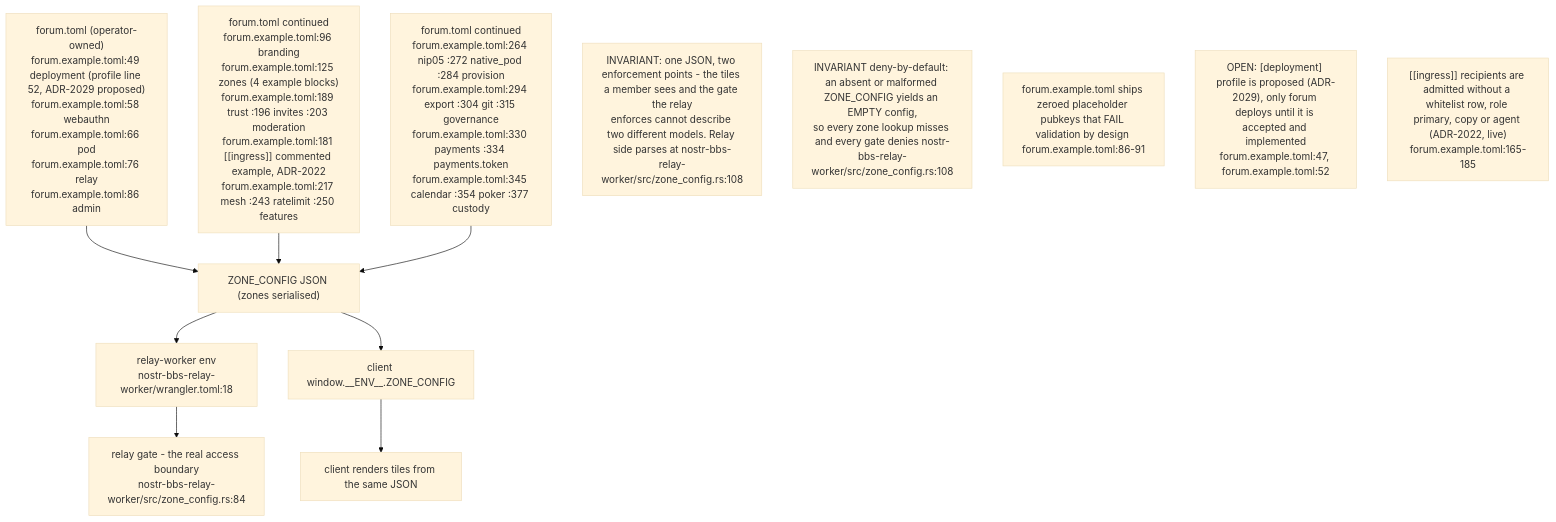
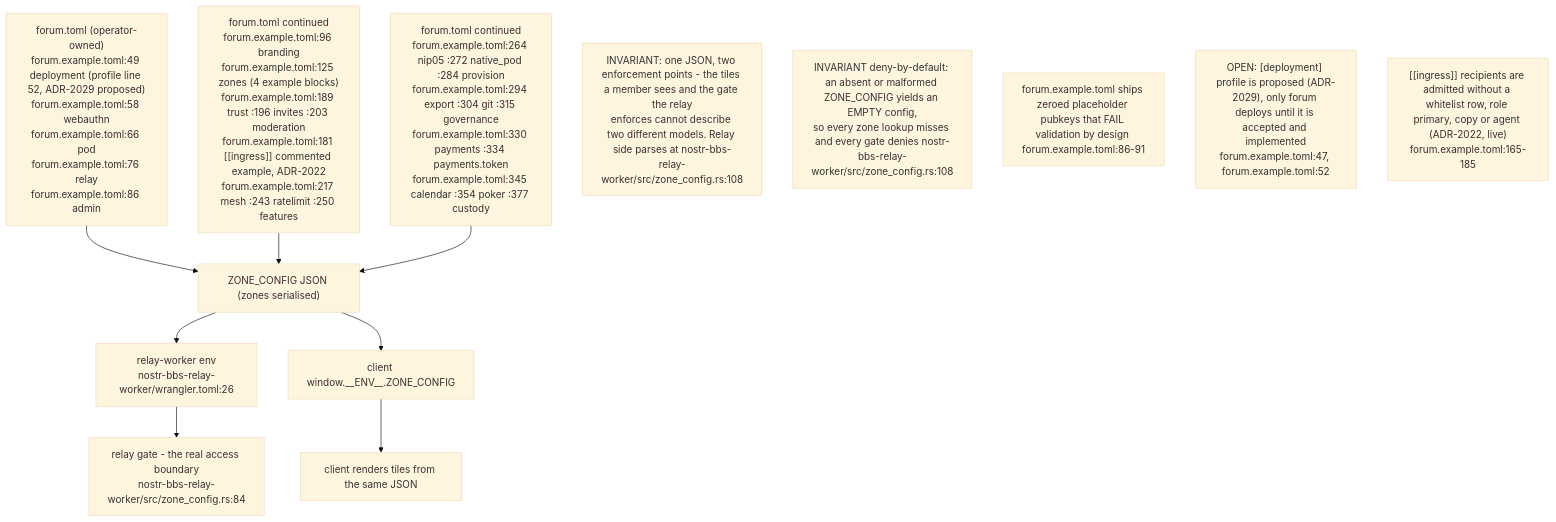
The first of 9 diagrams in docs/diagrams/nostr-rust-forum/08-config-zones-stores-and-admin-authority.md (DreamLab-AI/VisionFlow), drawn with Mermaid (base theme) before and after one commit. The commit also changed other lines of this file and 145 other files, not shown here.

````diff
--- a/docs/diagrams/nostr-rust-forum/08-config-zones-stores-and-admin-authority.md
+++ b/docs/diagrams/nostr-rust-forum/08-config-zones-stores-and-admin-authority.md
@@ -43,23 +43,23 @@
 ```mermaid
 flowchart TB
     TOML["forum.toml (operator-owned)<br/>forum.example.toml:49 deployment (profile line 52, ADR-2029 proposed)<br/>forum.example.toml:58 webauthn<br/>forum.example.toml:66 pod<br/>forum.example.toml:76 relay<br/>forum.example.toml:86 admin"]
     TOML2["forum.toml continued<br/>forum.example.toml:96 branding<br/>forum.example.toml:125 zones (4 example blocks)<br/>forum.example.toml:189 trust :196 invites :203 moderation<br/>forum.example.toml:181 [[ingress]] commented example, ADR-2022<br/>forum.example.toml:217 mesh :243 ratelimit :250 features"]
     TOML3["forum.toml continued<br/>forum.example.toml:264 nip05 :272 native_pod :284 provision<br/>forum.example.toml:294 export :304 git :315 governance<br/>forum.example.toml:330 payments :334 payments.token<br/>forum.example.toml:345 calendar :354 poker :377 custody"]
     ZC["ZONE_CONFIG JSON (zones serialised)"]
-    RELAYENV["relay-worker env<br/>nostr-bbs-relay-worker/wrangler.toml:18"]
+    RELAYENV["relay-worker env<br/>nostr-bbs-relay-worker/wrangler.toml:26"]
     CLIENTENV["client window.__ENV__.ZONE_CONFIG"]
     GATE["relay gate - the real access boundary<br/>nostr-bbs-relay-worker/src/zone_config.rs:84"]
     TILES["client renders tiles from the same JSON"]
 
     TOML --> ZC
     TOML2 --> ZC
     TOML3 --> ZC
     ZC --> RELAYENV --> GATE
     ZC --> CLIENTENV --> TILES
 
     N1["INVARIANT: one JSON, two enforcement points - the tiles a member sees and the gate the relay<br/>enforces cannot describe two different models. Relay side parses at nostr-bbs-relay-worker/src/zone_config.rs:108"]
     N2["INVARIANT deny-by-default: an absent or malformed ZONE_CONFIG yields an EMPTY config,<br/>so every zone lookup misses and every gate denies nostr-bbs-relay-worker/src/zone_config.rs:108"]
     N3["forum.example.toml ships zeroed placeholder pubkeys that FAIL validation by design forum.example.toml:86-91"]
     N4["OPEN: [deployment] profile is proposed (ADR-2029), only forum deploys until it is accepted and implemented<br/>forum.example.toml:47, forum.example.toml:52"]
     N5["[[ingress]] recipients are admitted without a whitelist row, role primary, copy or agent (ADR-2022, live)<br/>forum.example.toml:165-185"]
 ```
````
